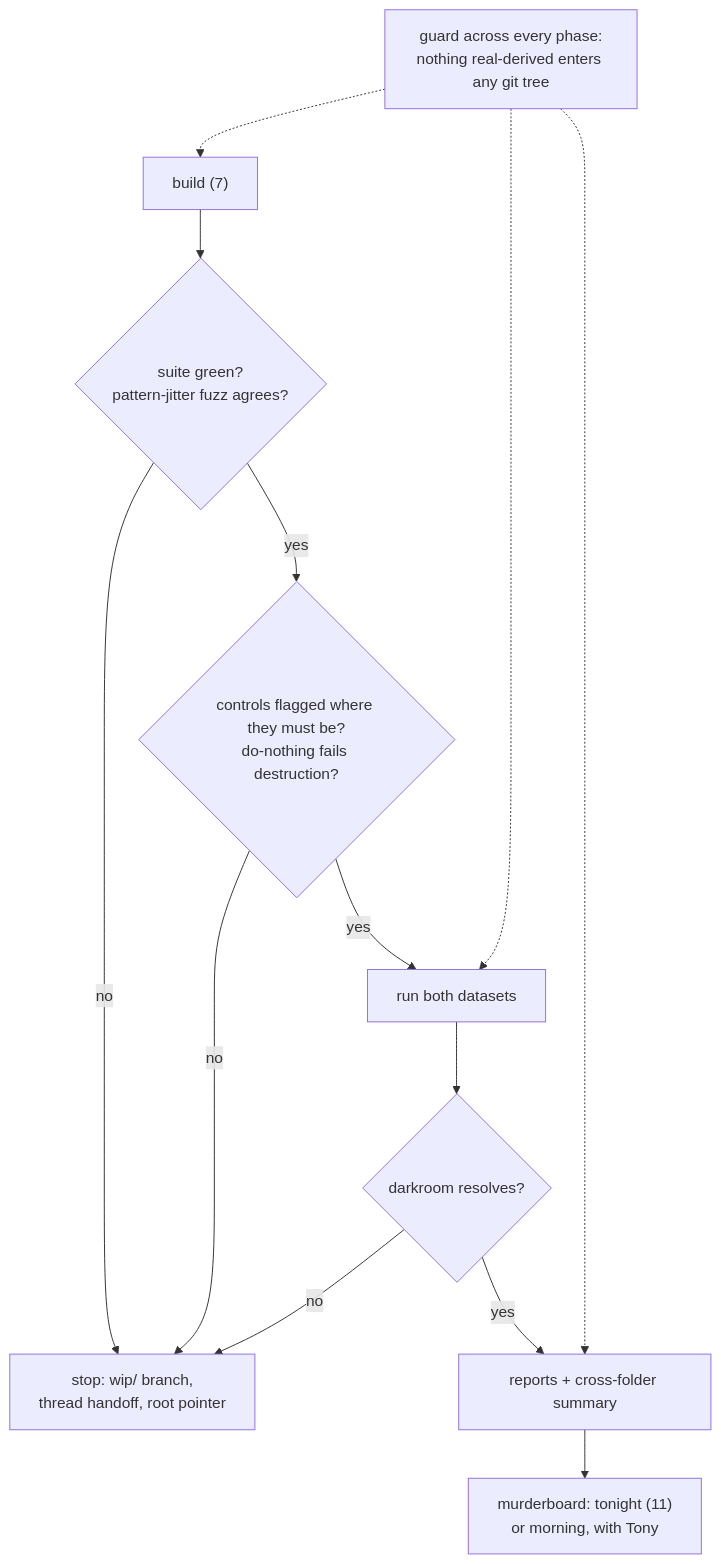
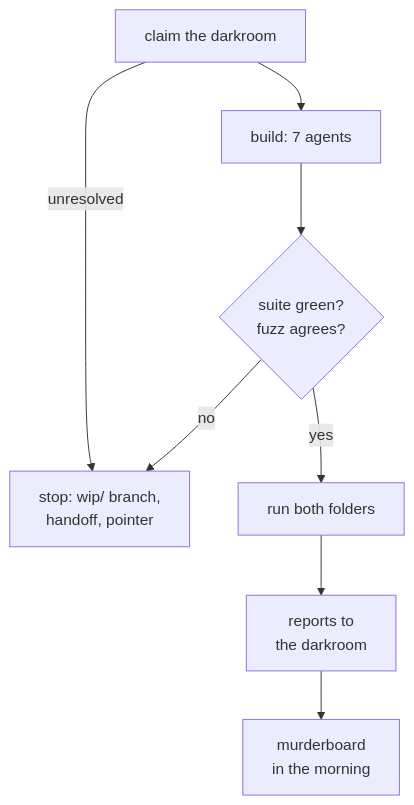
Before and after one commit to syncytium2/bugarach: the diagram in docs/proposals/2026-09-10-surrogate-evaluation-overnight.md, drawn with Mermaid. The commit also changed other lines of this file and 9 other files, not shown here.

````diff
--- a/docs/proposals/2026-09-10-surrogate-evaluation-overnight.md
+++ b/docs/proposals/2026-09-10-surrogate-evaluation-overnight.md
@@ -316,15 +289,10 @@
 ```mermaid
 flowchart TD
-    B["build (7)"] --> T{"suite green?<br/>pattern-jitter fuzz agrees?"}
-    T -- no --> H["stop: wip/ branch,<br/>thread handoff, root pointer"]
-    T -- yes --> V{"controls flagged where they must be?<br/>do-nothing fails destruction?"}
-    V -- no --> H
-    V -- yes --> R["run both datasets"]
-    R --> D{"darkroom resolves?"}
-    D -- no --> H
-    D -- yes --> S["reports + cross-folder summary"]
-    S --> M["murderboard: tonight (11)<br/>or morning, with Tony"]
-    G["guard across every phase:<br/>nothing real-derived enters any git tree"] -.-> B
-    G -.-> R
-    G -.-> S
+    C["claim the darkroom"] --> B["build: 7 agents"]
+    C -- "unresolved" --> H["stop: wip/ branch,<br/>handoff, pointer"]
+    B --> I{"suite green?<br/>fuzz agrees?"}
+    I -- no --> H
+    I -- yes --> R["run both folders"]
+    R --> P["reports to<br/>the darkroom"]
+    P --> M["murderboard<br/>in the morning"]
 ```
````
